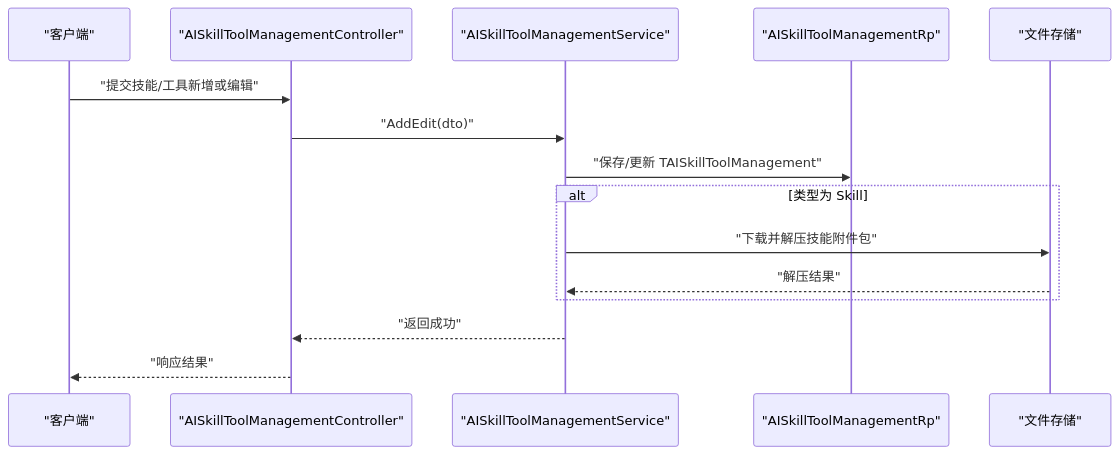
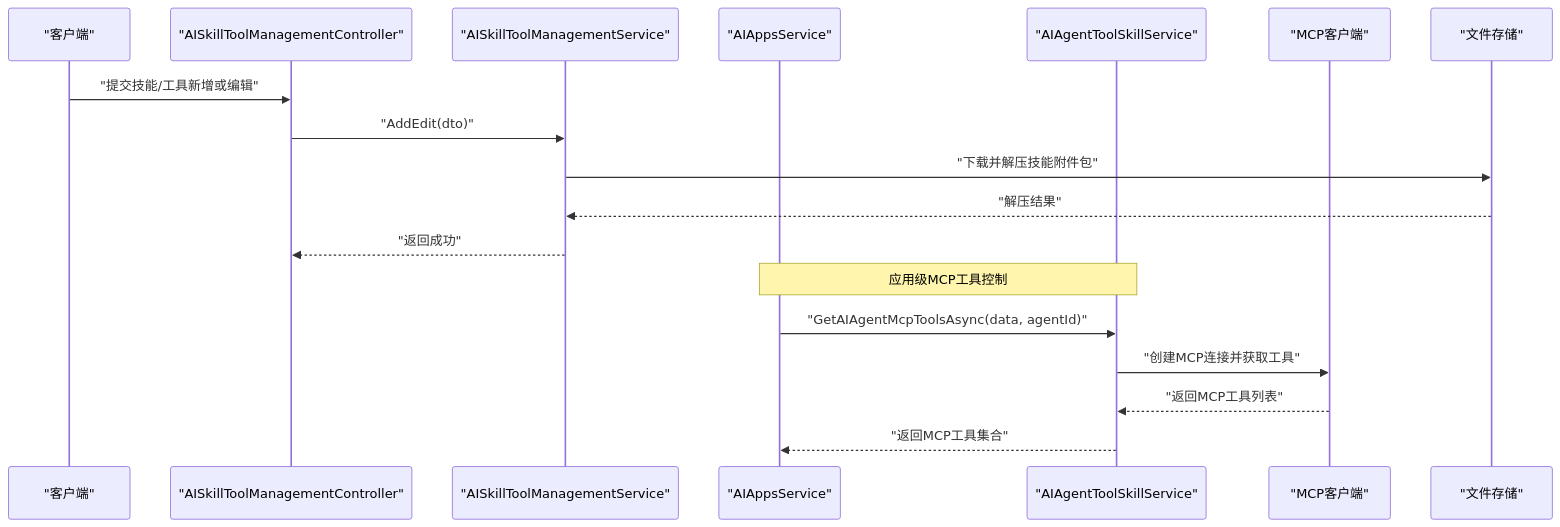
The second of 7 diagrams in .qoder/repowiki/zh/content/AI智能体/技能工具管理.md (junkai-li/NetCoreKevin), drawn with Mermaid before and after one commit. The commit also changed other lines of this file and 41 other files, not shown here.

````diff
--- a/.qoder/repowiki/zh/content/AI智能体/技能工具管理.md
+++ b/.qoder/repowiki/zh/content/AI智能体/技能工具管理.md
@@ -137,17 +147,20 @@
 ```mermaid
 sequenceDiagram
 participant Client as "客户端"
 participant Controller as "AISkillToolManagementController"
 participant Service as "AISkillToolManagementService"
-participant Repo as "AISkillToolManagementRp"
+participant AppService as "AIAppsService"
+participant ToolService as "AIAgentToolSkillService"
+participant MCPClient as "MCP客户端"
 participant Storage as "文件存储"
 Client->>Controller : "提交技能/工具新增或编辑"
 Controller->>Service : "AddEdit(dto)"
-Service->>Repo : "保存/更新 TAISkillToolManagement"
-alt 类型为 Skill
 Service->>Storage : "下载并解压技能附件包"
 Storage-->>Service : "解压结果"
-end
 Service-->>Controller : "返回成功"
-Controller-->>Client : "响应结果"
+Note over AppService,ToolService : 应用级MCP工具控制
+AppService->>ToolService : "GetAIAgentMcpToolsAsync(data, agentId)"
+ToolService->>MCPClient : "创建MCP连接并获取工具"
+MCPClient-->>ToolService : "返回MCP工具列表"
+ToolService-->>AppService : "返回MCP工具集合"
 ```
````
